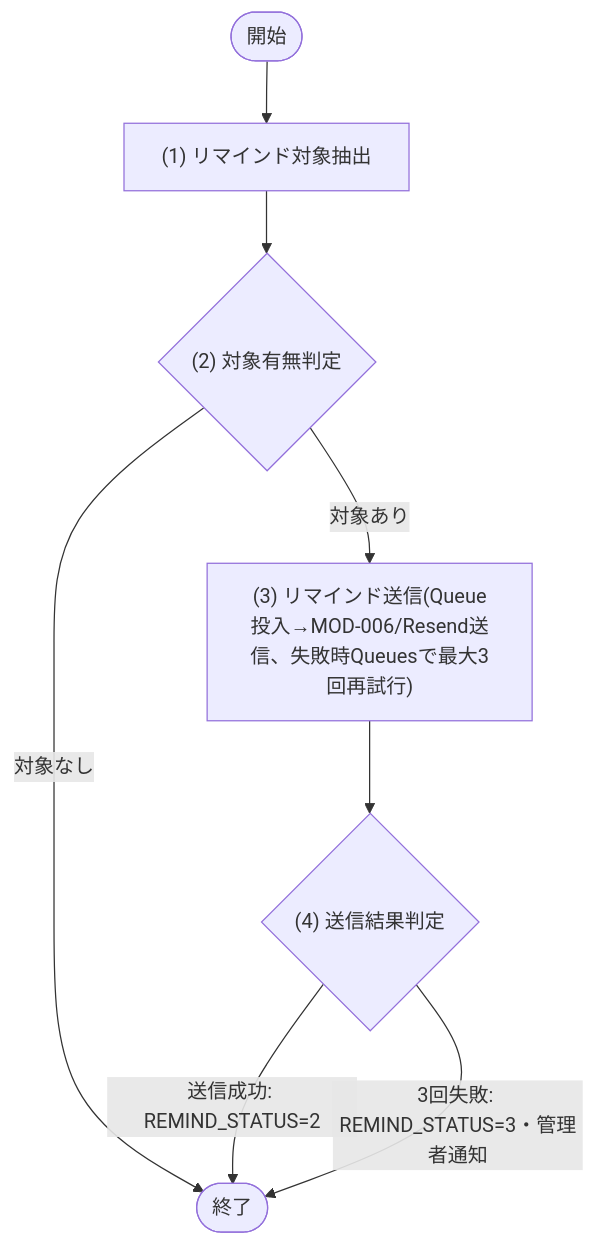
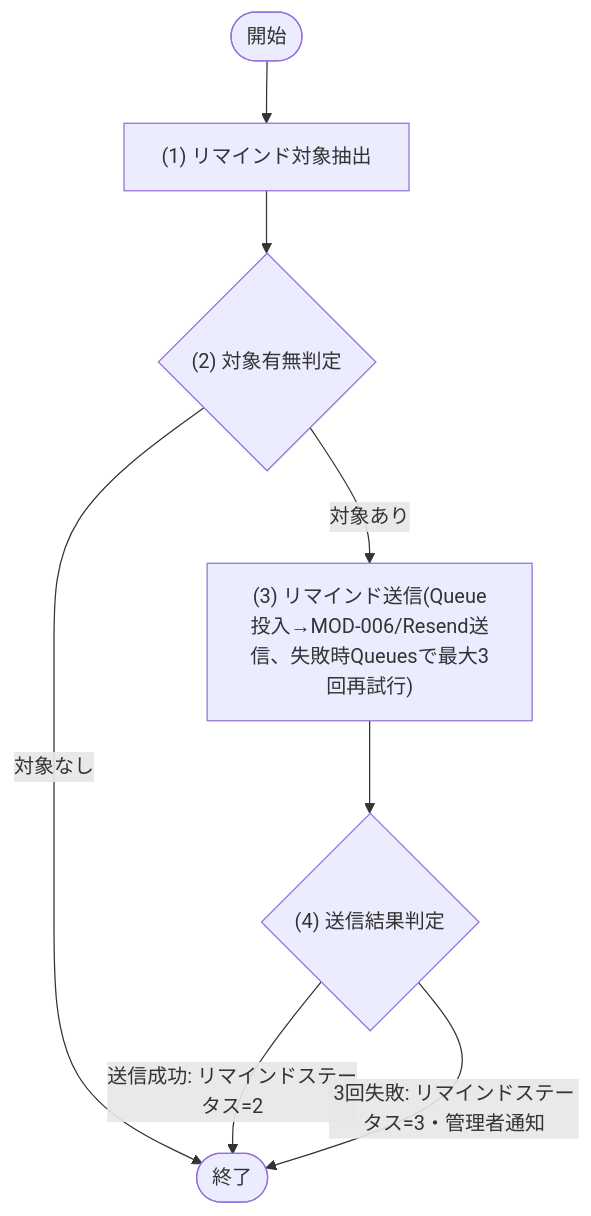
The diagram in docs/02_機能設計/04_JOB設計/JOB-001_予約リマインド通知.md (sikakou54/system-document-template), drawn with Mermaid before and after one commit. The commit also changed other lines of this file and 128 other files, not shown here.

````diff
--- a/docs/02_機能設計/04_JOB設計/JOB-001_予約リマインド通知.md
+++ b/docs/02_機能設計/04_JOB設計/JOB-001_予約リマインド通知.md
@@ -32,15 +32,15 @@
 ```mermaid
 flowchart TD
   Start([開始])
   P1["(1) リマインド対象抽出"]
   D1{"(2) 対象有無判定"}
   P2["(3) リマインド送信(Queue投入→MOD-006/Resend送信、失敗時Queuesで最大3回再試行)"]
   D2{"(4) 送信結果判定"}
   End([終了])
 
   Start --> P1 --> D1
   D1 -- "対象なし" --> End
   D1 -- "対象あり" --> P2 --> D2
-  D2 -- "送信成功: REMIND_STATUS=2" --> End
-  D2 -- "3回失敗: REMIND_STATUS=3・管理者通知" --> End
+  D2 -- "送信成功: リマインドステータス=2" --> End
+  D2 -- "3回失敗: リマインドステータス=3・管理者通知" --> End
 ```
````
